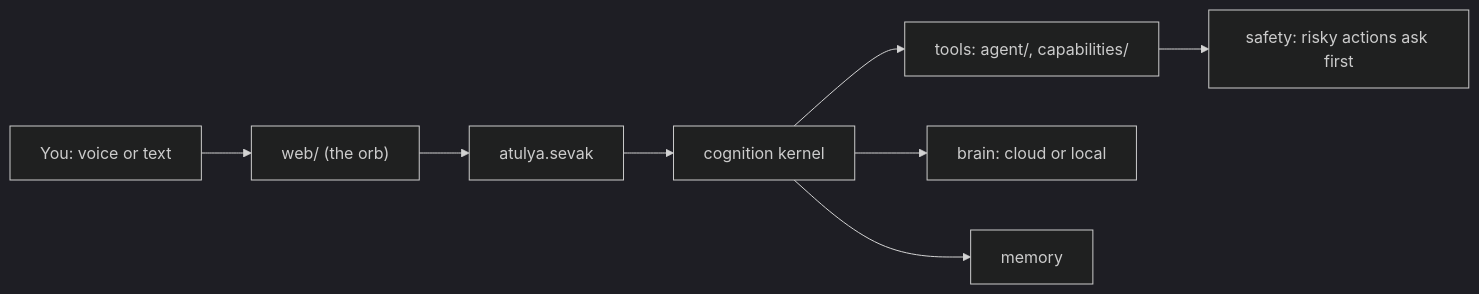
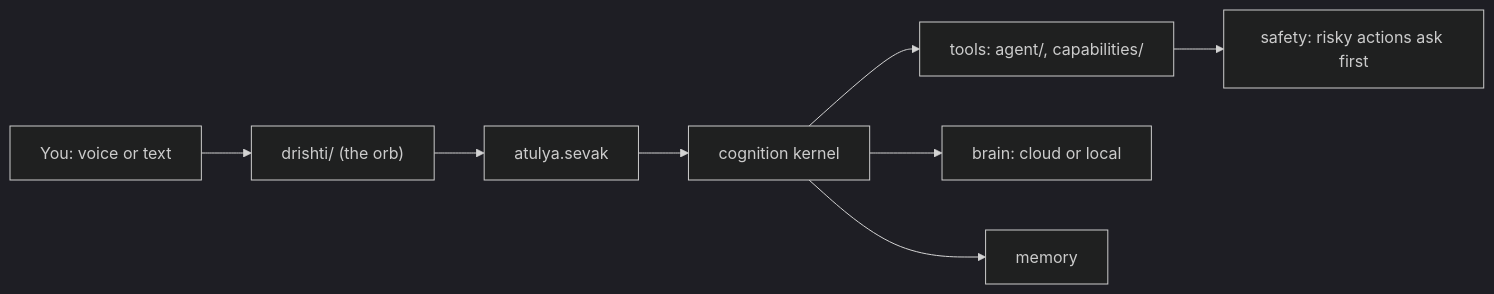
One commit to atulyaai/Atulya-Tantra changed the diagram in README.md. Above: the diagram before and after it, drawn with Mermaid (dark theme). The commit also changed other lines of this file and 110 other files, not shown here.

First line of the commit message:
refactor: top-level Hindi folder names - web -> drishti (the screen), docs -> granth, tests -> pariksha; atulya/drishti (senses) -> atulya/indriya

````diff
--- a/README.md
+++ b/README.md
@@ -169,10 +173,10 @@
 ```mermaid
 flowchart LR
-    You["You: voice or text"] --> Web["web/ (the orb)"]
+    You["You: voice or text"] --> Web["drishti/ (the orb)"]
     Web --> Server["atulya.sevak"]
     Server --> Kernel["cognition kernel"]
     Kernel --> Tools["tools: agent/, capabilities/"]
     Kernel --> Brain["brain: cloud or local"]
     Kernel --> Memory["memory"]
     Tools --> Safety["safety: risky actions ask first"]
 ```
````
